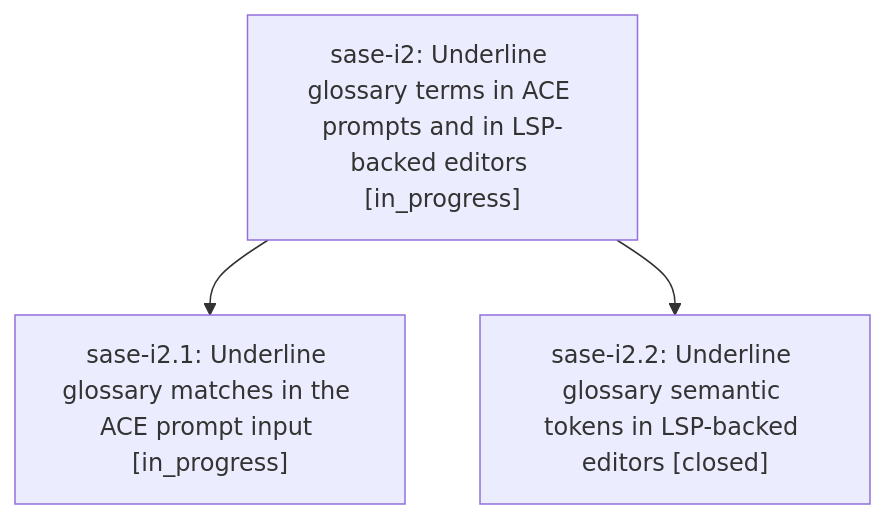
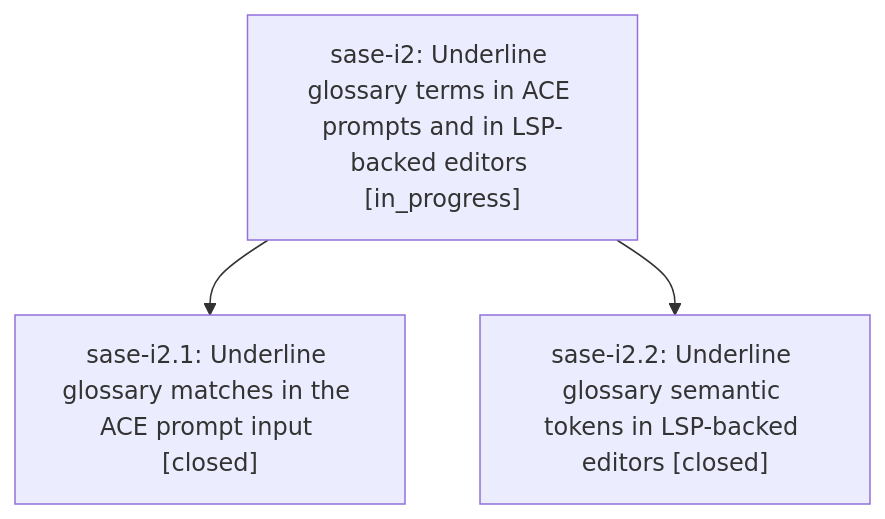
One commit to sase-org/sase--beads changed the diagram in pages/sase-i2/README.md. Above: the diagram before and after it, drawn with Mermaid. The commit also changed other lines of this file and 2 other files, not shown here.

First line of the commit message:
chore(beads): sync bead state and pages for sase-i2

````diff
--- a/pages/sase-i2/README.md
+++ b/pages/sase-i2/README.md
@@ -23,8 +23,8 @@
 ```mermaid
 flowchart TD
     n0["sase-i2: Underline glossary terms in ACE prompts and in LSP-backed editors [in_progress]"]
-    n1["sase-i2.1: Underline glossary matches in the ACE prompt input [in_progress]"]
+    n1["sase-i2.1: Underline glossary matches in the ACE prompt input [closed]"]
     n2["sase-i2.2: Underline glossary semantic tokens in LSP-backed editors [closed]"]
     n0 --> n1
     n0 --> n2
 ```
````
